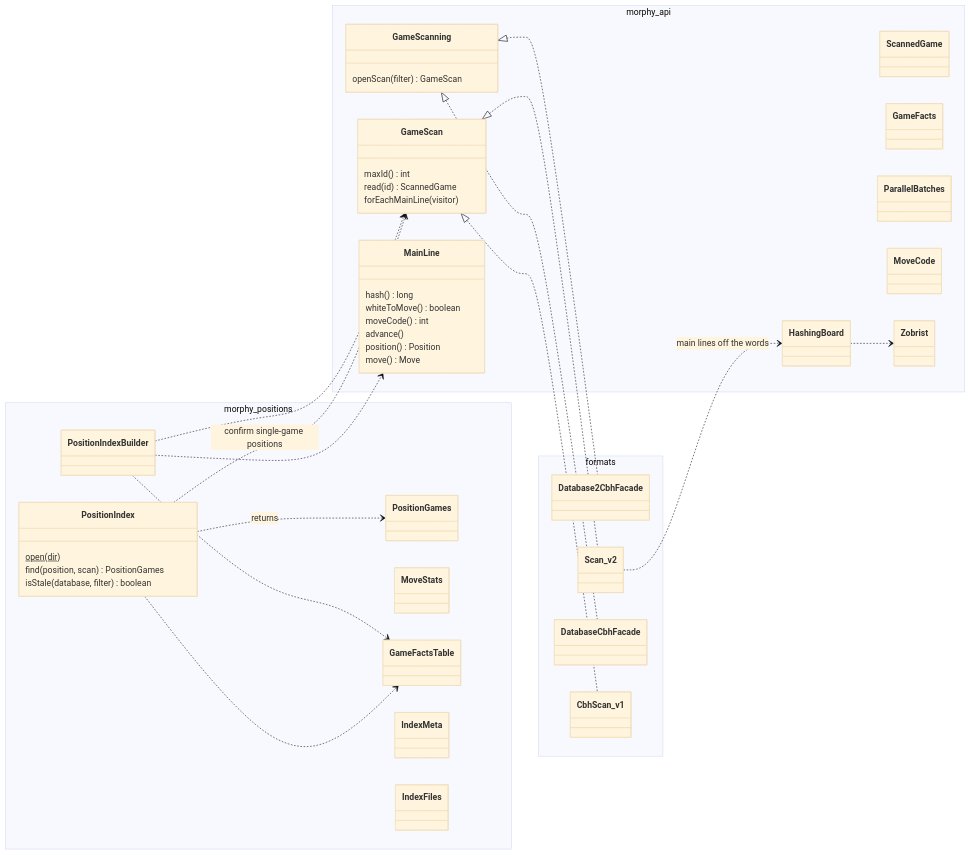
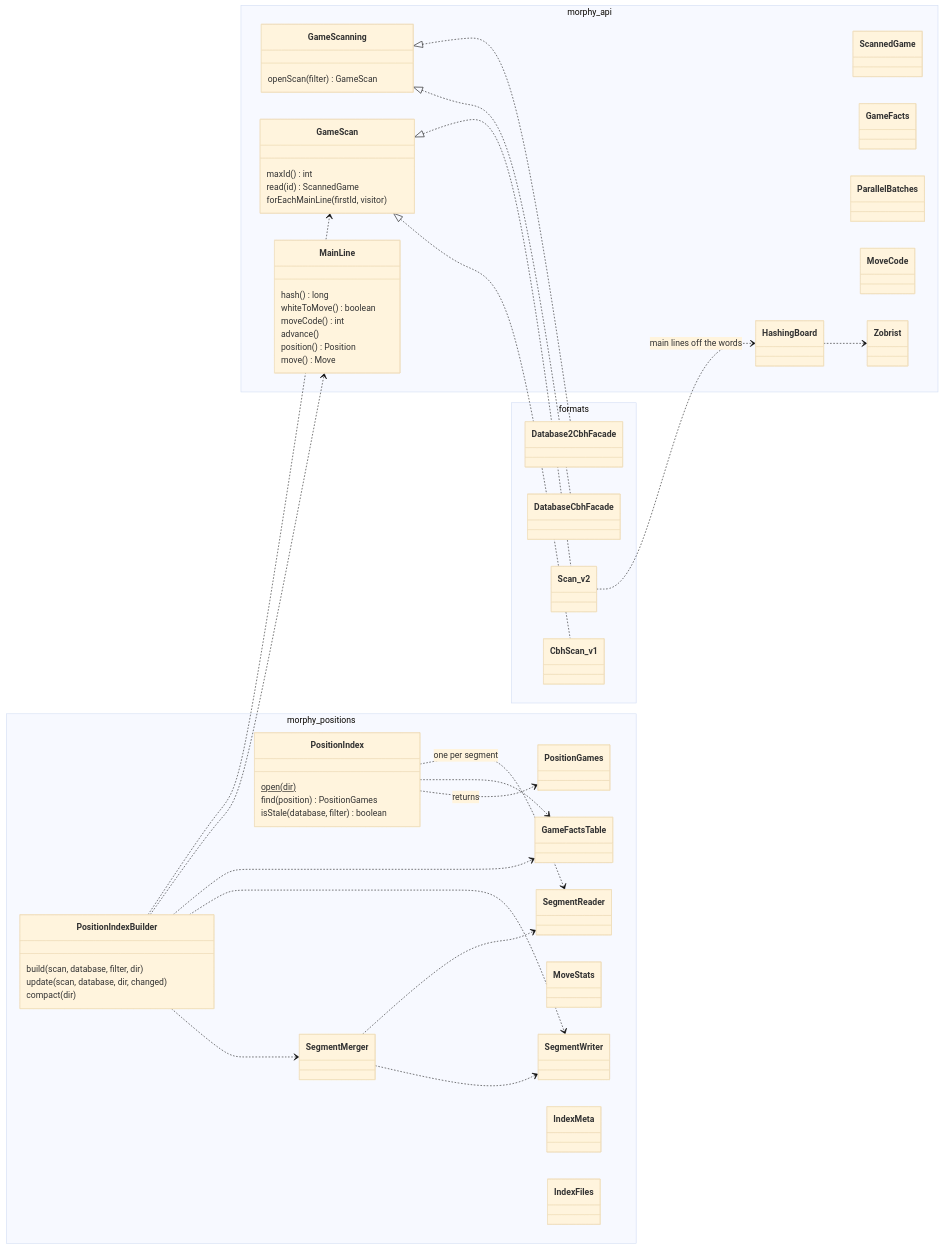
The fifth of 5 diagrams in morphy-positions/docs/POSITION-INDEX.md (Yarin78/morphy), drawn with Mermaid (base theme) before and after one commit. The commit also changed other lines of this file and 29 other files, not shown here.

First line of the commit message:
Keep a position index as immutable segments, updated and compacted

````diff
--- a/morphy-positions/docs/POSITION-INDEX.md
+++ b/morphy-positions/docs/POSITION-INDEX.md
@@ -237,59 +270,70 @@
 ```mermaid
 classDiagram
   direction LR
   namespace morphy_api {
     class GameScanning {
       openScan(filter) GameScan
     }
     class GameScan {
       maxId() int
       read(id) ScannedGame
-      forEachMainLine(visitor)
+      forEachMainLine(firstId, visitor)
     }
     class MainLine {
       hash() long
       whiteToMove() boolean
       moveCode() int
       advance()
       position() Position
       move() Move
     }
     class ScannedGame
     class GameFacts
     class ParallelBatches
     class HashingBoard
     class MoveCode
     class Zobrist
   }
   namespace formats {
     class Database2CbhFacade
     class Scan_v2
     class DatabaseCbhFacade
     class CbhScan_v1
   }
   namespace morphy_positions {
-    class PositionIndexBuilder
+    class PositionIndexBuilder {
+      build(scan, database, filter, dir)
+      update(scan, database, dir, changed)
+      compact(dir)
+    }
     class PositionIndex {
       open(dir)$
-      find(position, scan) PositionGames
+      find(position) PositionGames
       isStale(database, filter) boolean
     }
+    class SegmentWriter
+    class SegmentReader
+    class SegmentMerger
     class PositionGames
     class MoveStats
     class GameFactsTable
     class IndexMeta
     class IndexFiles
   }
   GameScanning <|.. Database2CbhFacade
   GameScanning <|.. DatabaseCbhFacade
   GameScan <|.. Scan_v2
   GameScan <|.. CbhScan_v1
   Scan_v2 ..> HashingBoard : main lines off the words
   HashingBoard ..> Zobrist
   PositionIndexBuilder ..> GameScan
   PositionIndexBuilder ..> MainLine
   PositionIndexBuilder ..> GameFactsTable
+  PositionIndexBuilder ..> SegmentWriter
+  PositionIndexBuilder ..> SegmentMerger
+  SegmentMerger ..> SegmentReader
+  SegmentMerger ..> SegmentWriter
+  PositionIndex ..> SegmentReader : one per segment
   PositionIndex ..> GameFactsTable
   PositionIndex ..> PositionGames : returns
-  PositionIndex ..> GameScan : confirm single-game positions
 ```
````
